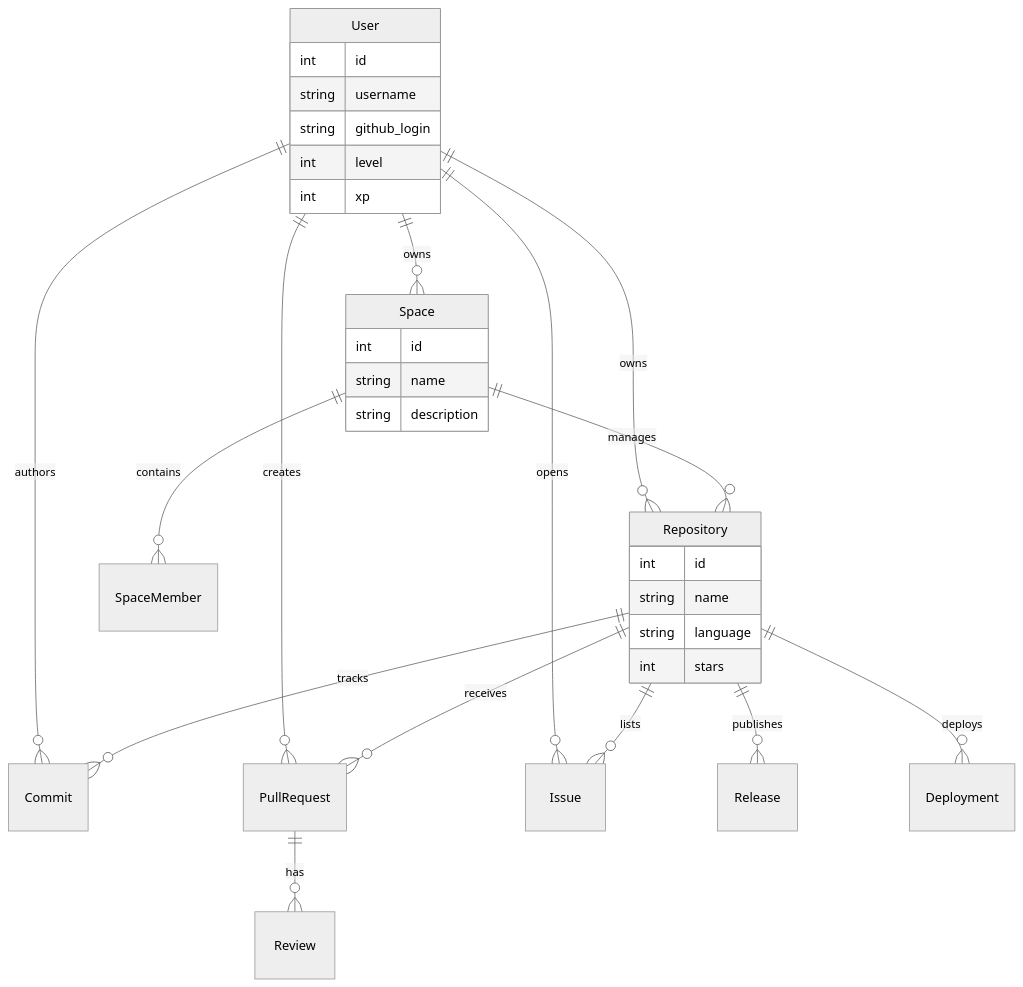
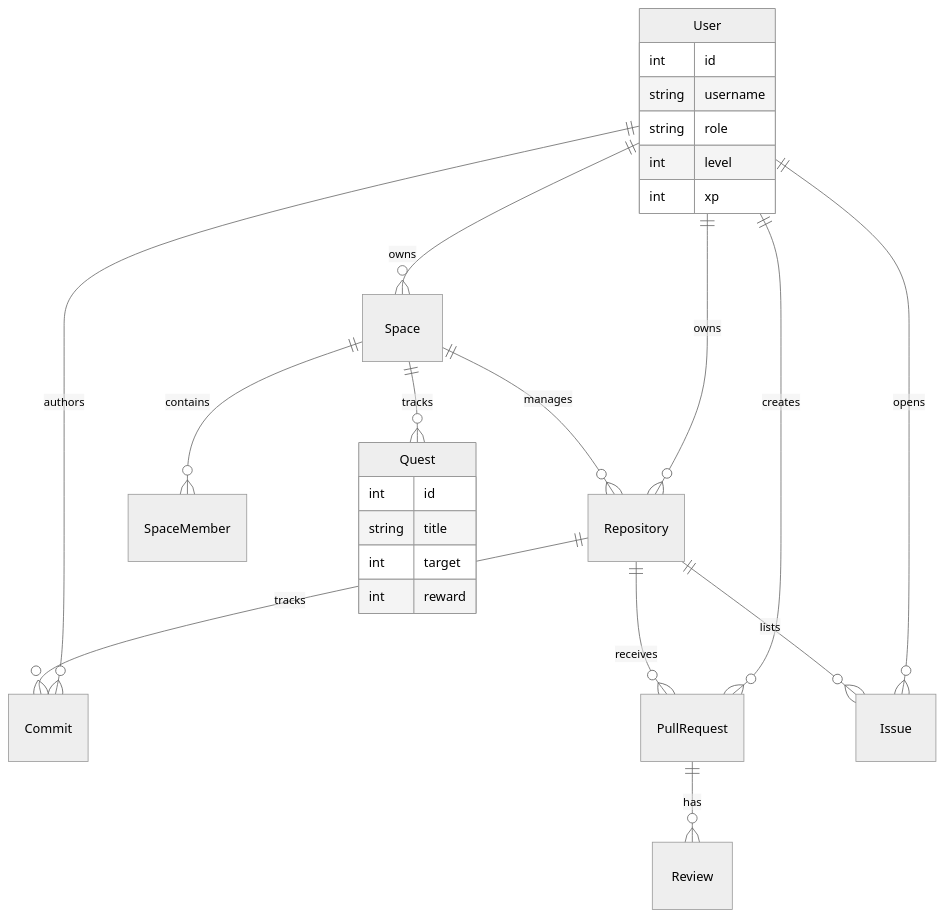
One commit to Efrat-Wilinger/-GitArena changed the first of 2 diagrams in GitArena/README.md. Above: the diagram before and after it, drawn with Mermaid (neutral theme). The commit also changed other lines of this file and 10 other files, not shown here.

````diff
--- a/GitArena/README.md
+++ b/GitArena/README.md
@@ -30,40 +126,33 @@
 ```mermaid
 erDiagram
     User ||--o{ Repository : owns
     User ||--o{ Space : owns
     User ||--o{ Commit : authors
     User ||--o{ PullRequest : creates
     User ||--o{ Issue : opens
     
     Space ||--o{ SpaceMember : contains
     Space ||--o{ Repository : manages
+    Space ||--o{ Quest : tracks
     
     Repository ||--o{ Commit : tracks
     Repository ||--o{ PullRequest : receives
     Repository ||--o{ Issue : lists
-    Repository ||--o{ Release : publishes
-    Repository ||--o{ Deployment : deploys
     
     PullRequest ||--o{ Review : has
     
     User {
         int id
         string username
-        string github_login
+        string role
         int level
         int xp
     }
     
-    Repository {
+    Quest {
         int id
-        string name
-        string language
-        int stars
-    }
-    
-    Space {
-        int id
-        string name
-        string description
+        string title
+        int target
+        int reward
     }
 ```
````
